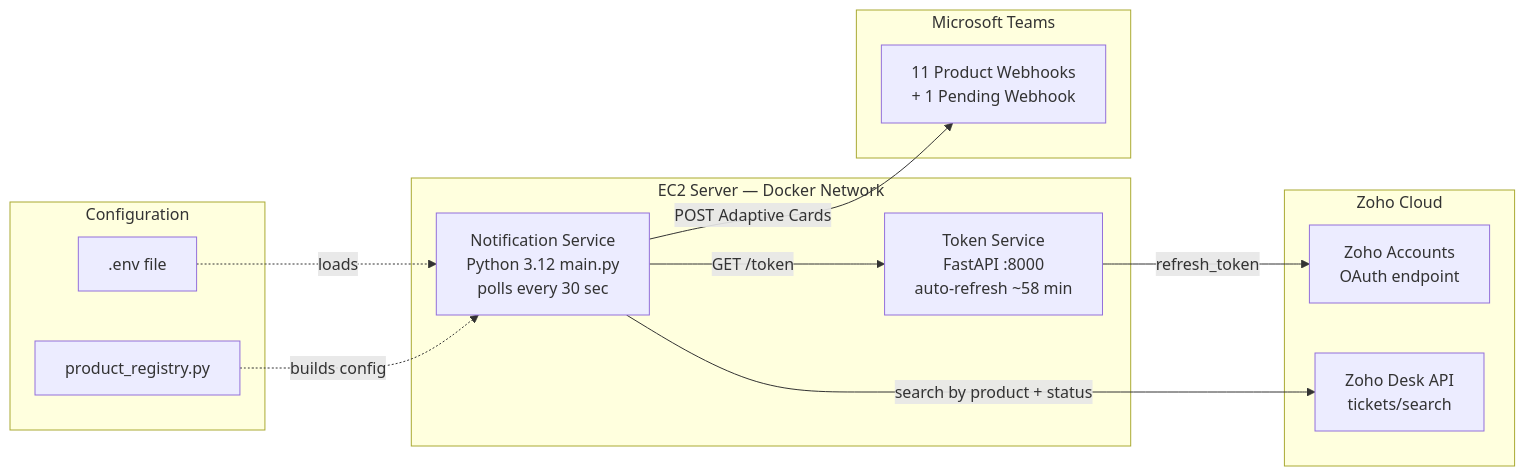
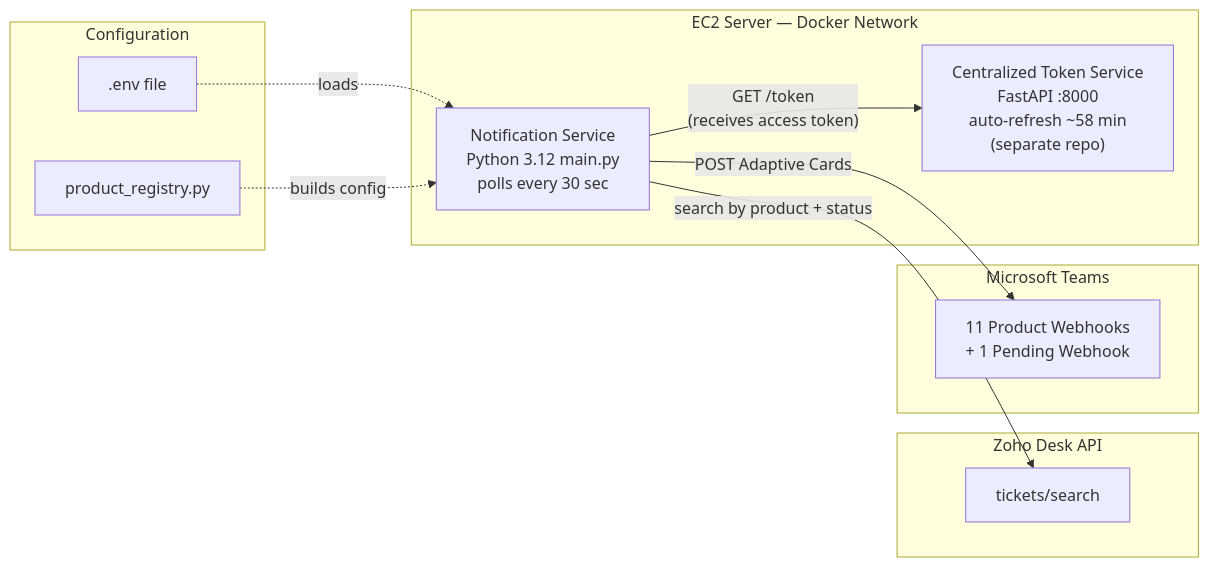
Before and after one commit to AnsImran/ms-teams-zoho-desk-notifications-service: the first of 4 diagrams in README.md, drawn with Mermaid. The commit also changed other lines of this file and 2 other files, not shown here.

First line of the commit message:
fix architecture diagram: remove refresh_token flow, move numbered checks to markdown

````diff
--- a/README.md
+++ b/README.md
@@ -9,28 +9,26 @@
 ```mermaid
 flowchart LR
     subgraph Config["Configuration"]
         ENV[".env file"]
         REG["product_registry.py"]
     end
 
     subgraph EC2["EC2 Server — Docker Network"]
-        TS["Token Service<br>FastAPI :8000<br>auto-refresh ~58 min"]
+        TS["Centralized Token Service<br>FastAPI :8000<br>auto-refresh ~58 min<br>(separate repo)"]
         NS["Notification Service<br>Python 3.12 main.py<br>polls every 30 sec"]
     end
 
-    subgraph Zoho["Zoho Cloud"]
-        ZA["Zoho Accounts<br>OAuth endpoint"]
-        ZD["Zoho Desk API<br>tickets/search"]
+    subgraph Zoho["Zoho Desk API"]
+        ZD["tickets/search"]
     end
 
     subgraph Teams["Microsoft Teams"]
         WH["11 Product Webhooks<br>+ 1 Pending Webhook"]
     end
 
     ENV -. "loads" .-> NS
     REG -. "builds config" .-> NS
-    TS -- "refresh_token" --> ZA
-    NS -- "GET /token" --> TS
+    NS -- "GET /token<br>(receives access token)" --> TS
     NS -- "search by product + status" --> ZD
     NS -- "POST Adaptive Cards" --> WH
 ```
````
